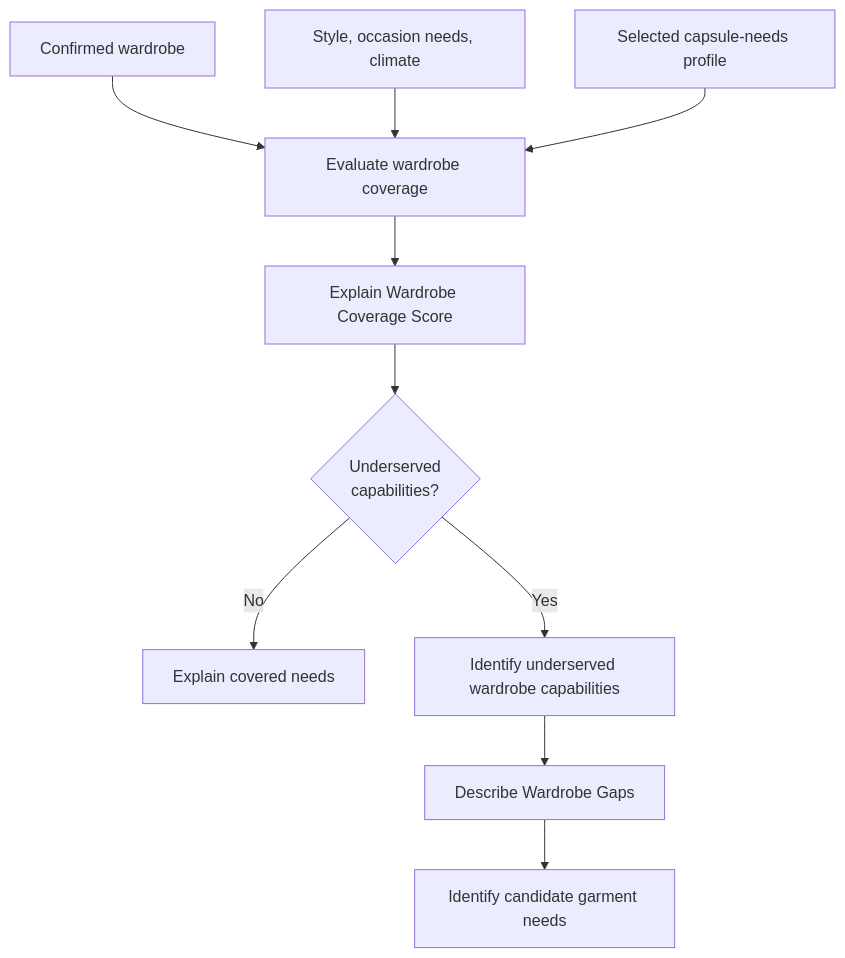
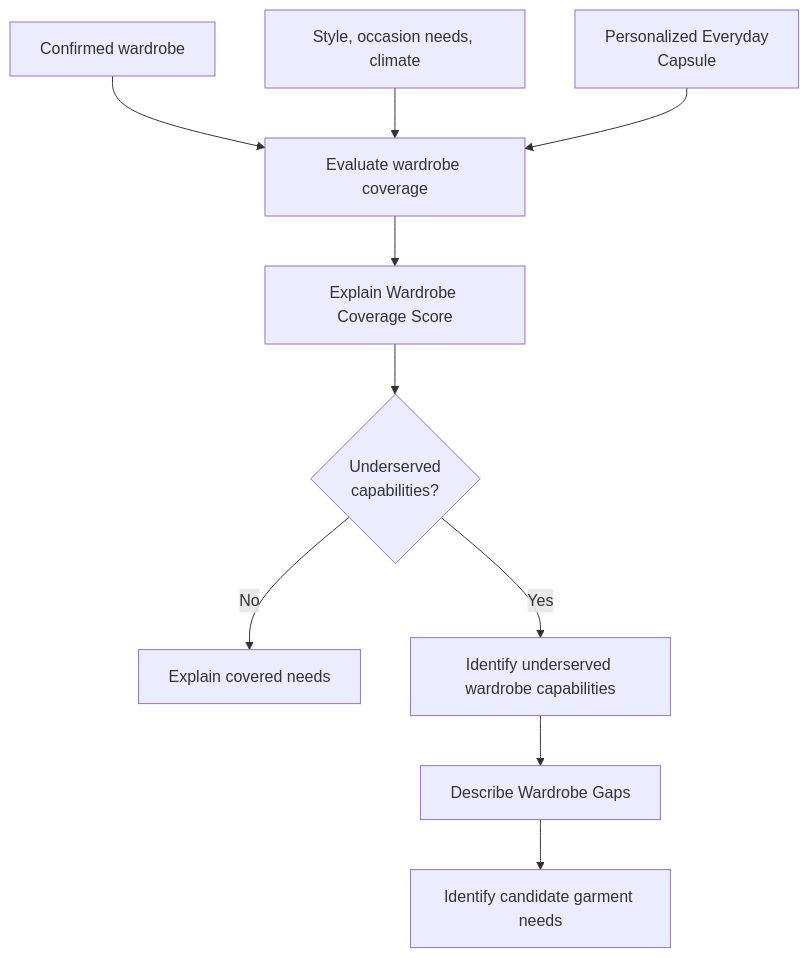
The sixth of 7 diagrams in docs/01-business/BRD.md (luubinhdeptrai/CapsuleAI), drawn with Mermaid before and after one commit. The commit also changed other lines of this file and 1 other file, not shown here.

````diff
--- a/docs/01-business/BRD.md
+++ b/docs/01-business/BRD.md
@@ -394,12 +396,12 @@
 ```mermaid
 flowchart TD
     Wardrobe["Confirmed wardrobe"] --> Assess["Evaluate wardrobe coverage"]
     Context["Style, occasion needs, climate"] --> Assess
-    Capsule["Selected capsule-needs profile"] --> Assess
+    Capsule["Personalized Everyday<br/>Capsule"] --> Assess
     Assess --> Coverage["Explain Wardrobe Coverage Score"]
     Coverage --> Needs{"Underserved<br/>capabilities?"}
     Needs -->|"No"| Covered["Explain covered needs"]
     Needs -->|"Yes"| Identify["Identify underserved wardrobe capabilities"]
     Identify --> Gaps["Describe Wardrobe Gaps"]
     Gaps --> Candidates["Identify candidate garment needs"]
 ```
````
